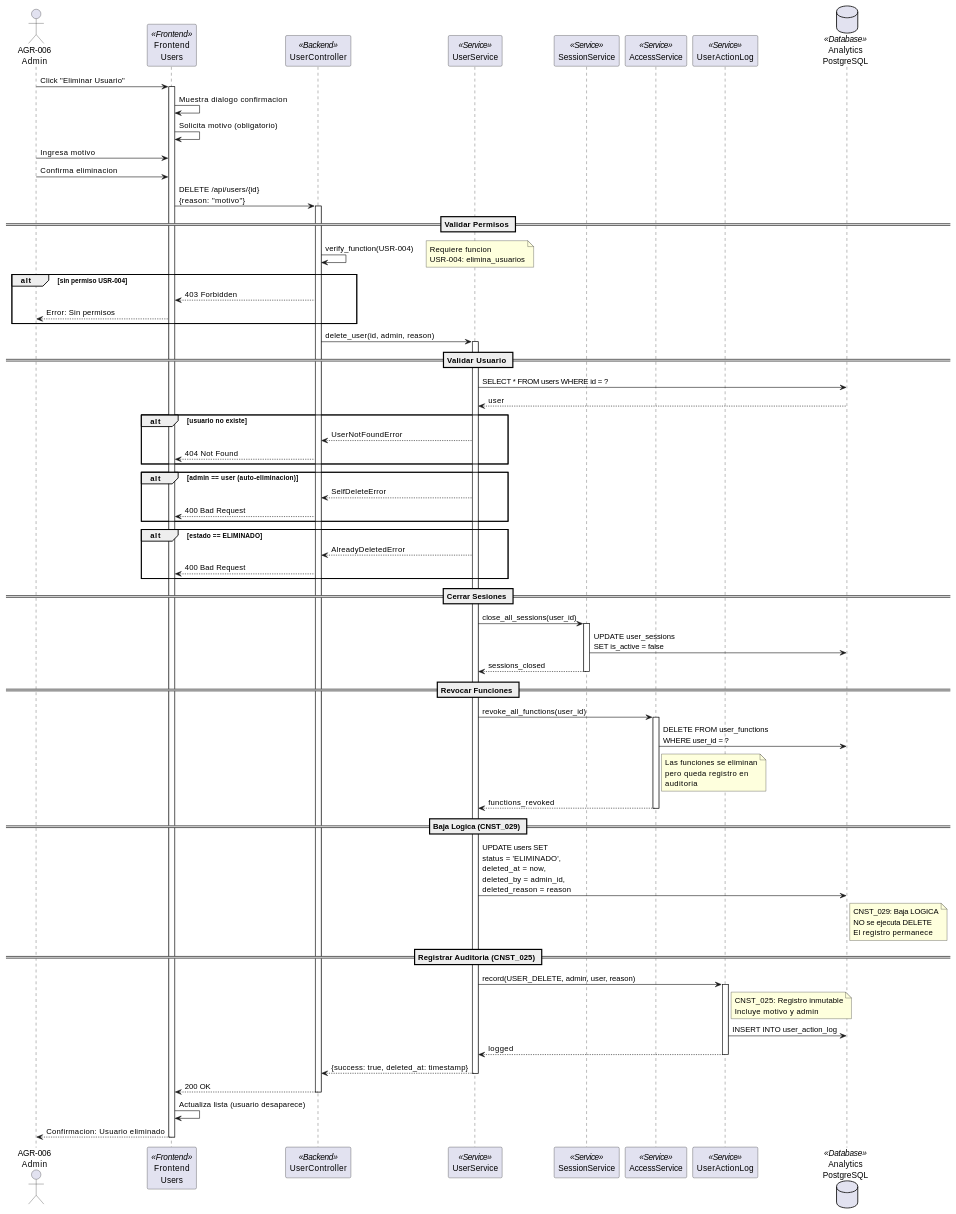
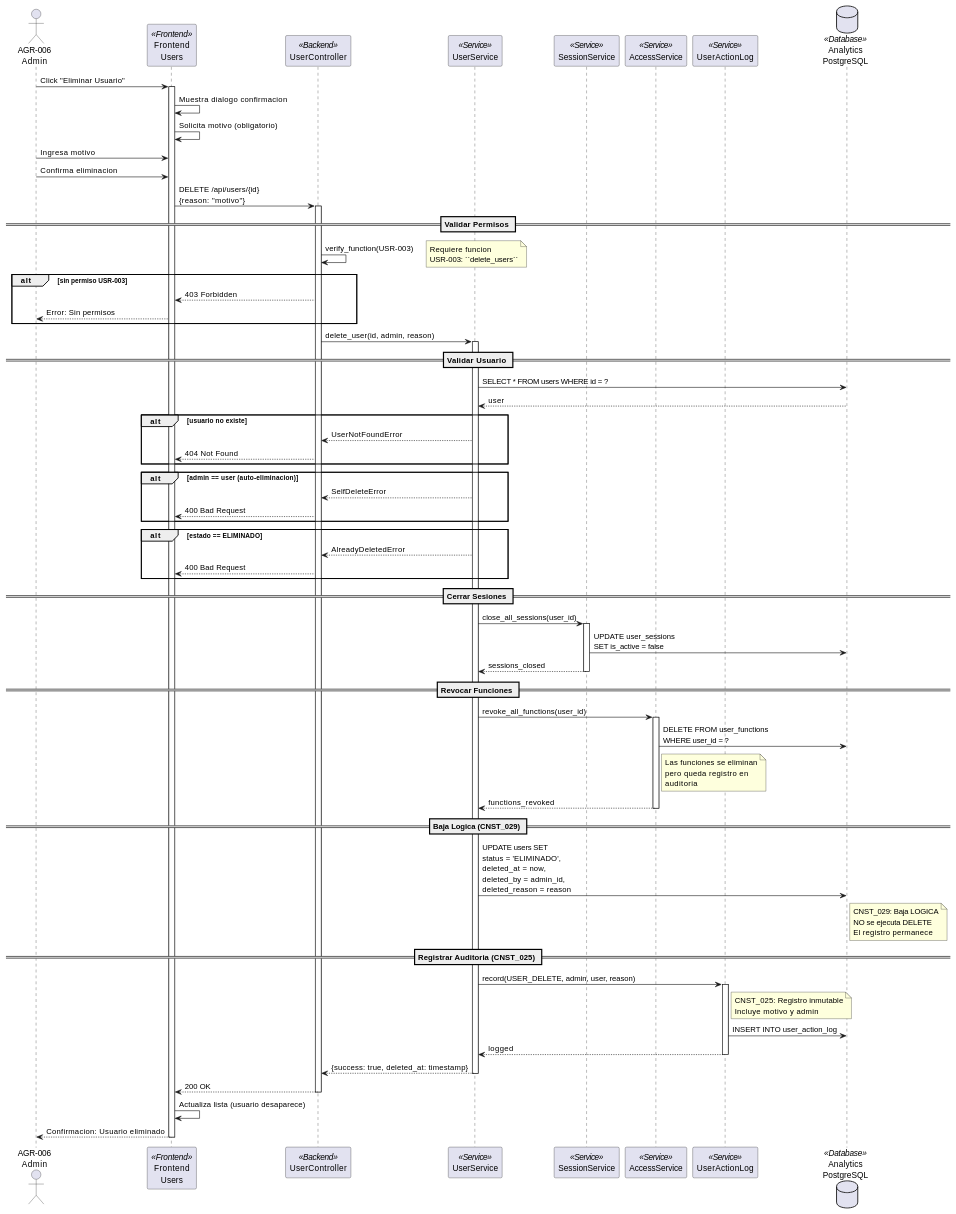
Before and after one commit to jcg-admin/IACT-docs: the second of 3 diagrams in source/requisitos/casos-uso/users/uc-usr-04-eliminar-usuario.rst, drawn with PlantUML. The commit also changed other lines of this file and 8 other files, not shown here.

```diff
--- a/source/requisitos/casos-uso/users/uc-usr-04-eliminar-usuario.rst
+++ b/source/requisitos/casos-uso/users/uc-usr-04-eliminar-usuario.rst
@@ -235,13 +235,13 @@
  activate UC
 
  == Validar Permisos ==
- UC -> UC: verify_function(USR-004)
+ UC -> UC: verify_function(USR-003)
  note right
  Requiere funcion
- USR-004: elimina_usuarios
+ USR-003: ``delete_users``
  end note
 
- alt sin permiso USR-004
+ alt sin permiso USR-003
  UC --> FE: 403 Forbidden
  FE --> A: Error: Sin permisos
  end
```
